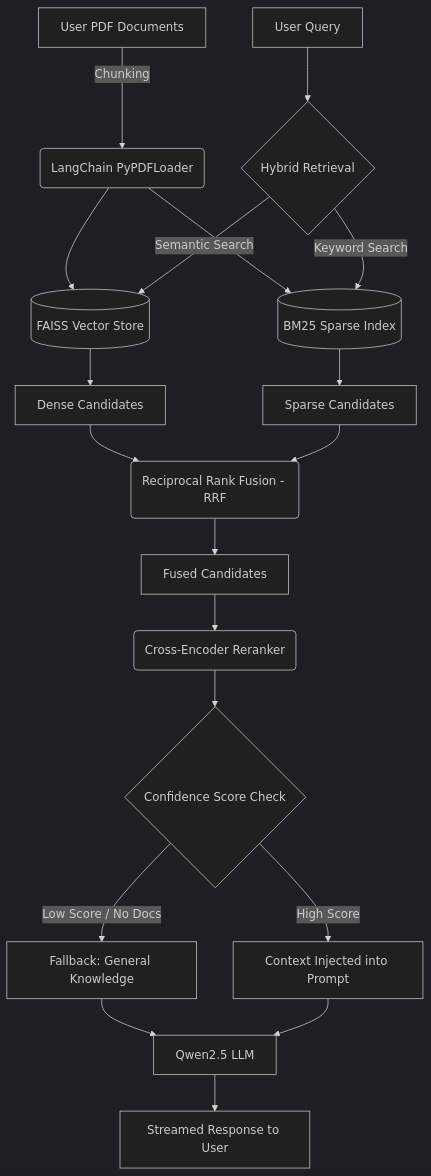
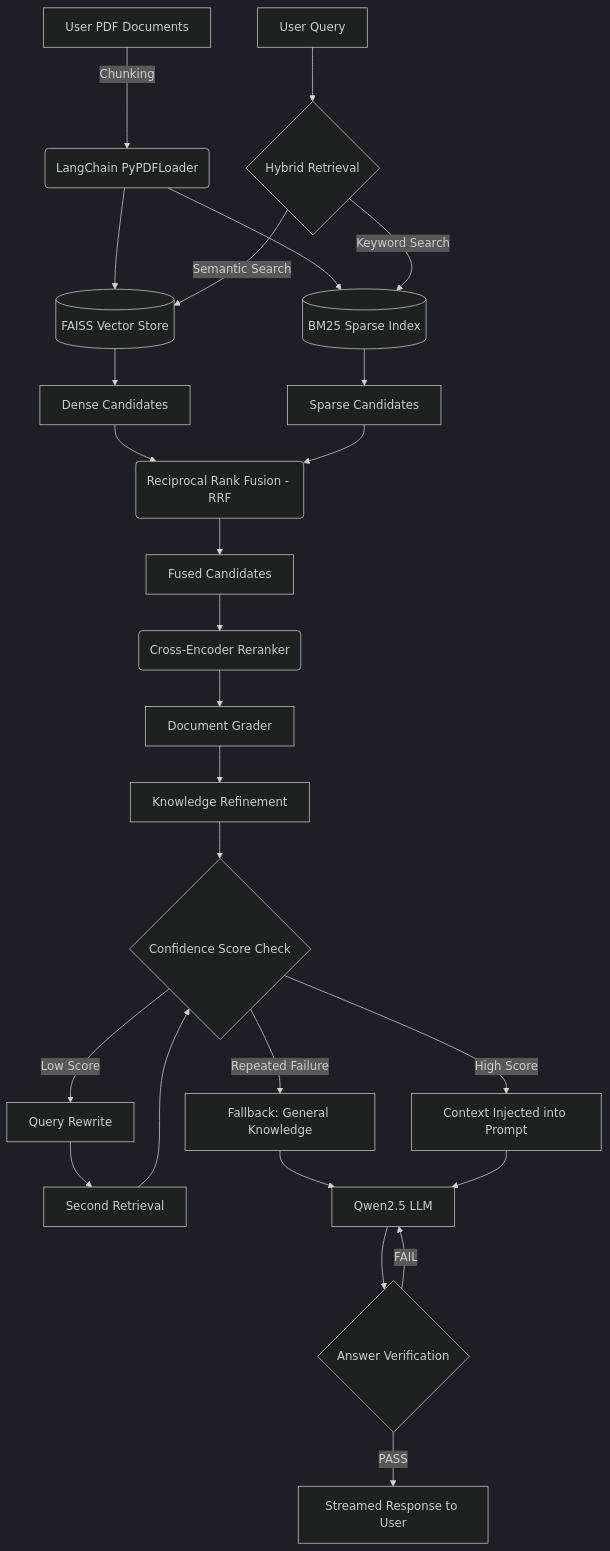
The diagram in README.md (moumita-29/Corrective-Hybrid-RAG-Assistant), drawn with Mermaid (dark theme) before and after one commit. The commit also changed 10 other files, not shown here.

````diff
--- a/README.md
+++ b/README.md
@@ -18,29 +18,38 @@
 ```mermaid
 graph TD
     A[User PDF Documents] -->|Chunking| B(LangChain PyPDFLoader)
     B --> C[(FAISS Vector Store)]
     B --> D[(BM25 Sparse Index)]
     
     E[User Query] --> F{Hybrid Retrieval}
     F -->|Semantic Search| C
     F -->|Keyword Search| D
     
     C --> G[Dense Candidates]
     D --> H[Sparse Candidates]
     
     G --> I(Reciprocal Rank Fusion - RRF)
     H --> I
     
     I --> J[Fused Candidates]
     J --> K(Cross-Encoder Reranker)
     
-    K --> L{Confidence Score Check}
+    K --> Q[Document Grader]
+    Q --> R[Knowledge Refinement]
     
-    L -- Low Score / No Docs --> M[Fallback: General Knowledge]
+    R --> L{Confidence Score Check}
+    
+    L -- Low Score --> S[Query Rewrite]
+    S --> T[Second Retrieval]
+    T --> L
+    
     L -- High Score --> N[Context Injected into Prompt]
+    L -- Repeated Failure --> M[Fallback: General Knowledge]
     
     M --> O[Qwen2.5 LLM]
     N --> O
     
-    O --> P[Streamed Response to User]
+    O --> U{Answer Verification}
+    U -- FAIL --> O
+    U -- PASS --> P[Streamed Response to User]
 ```
````
